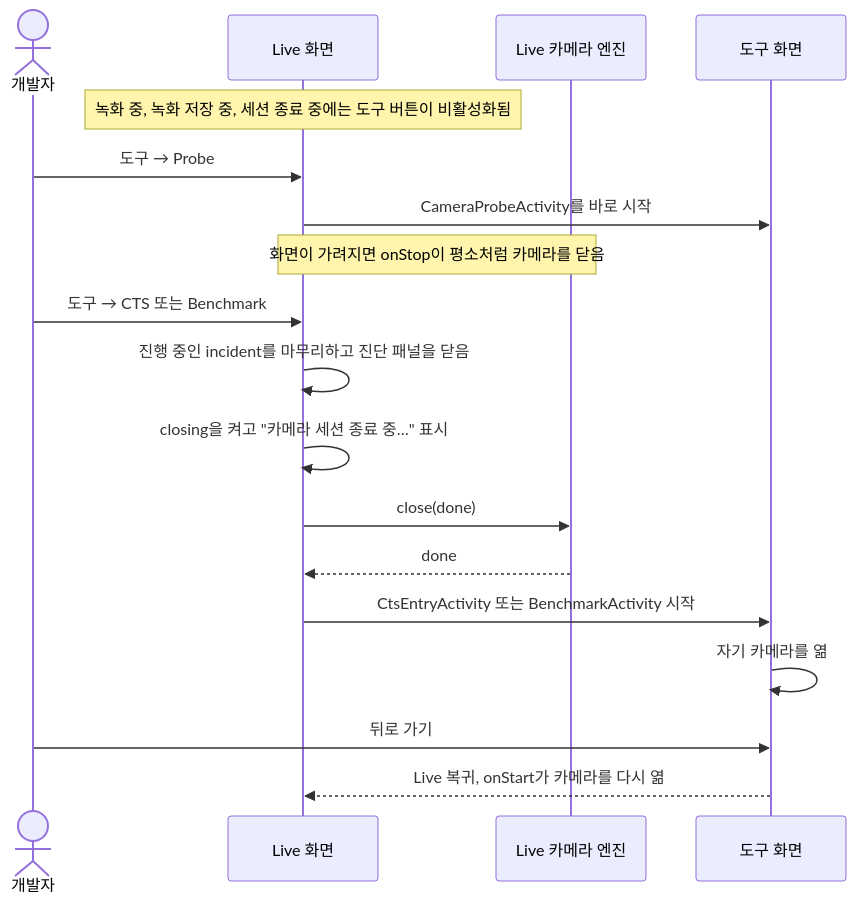
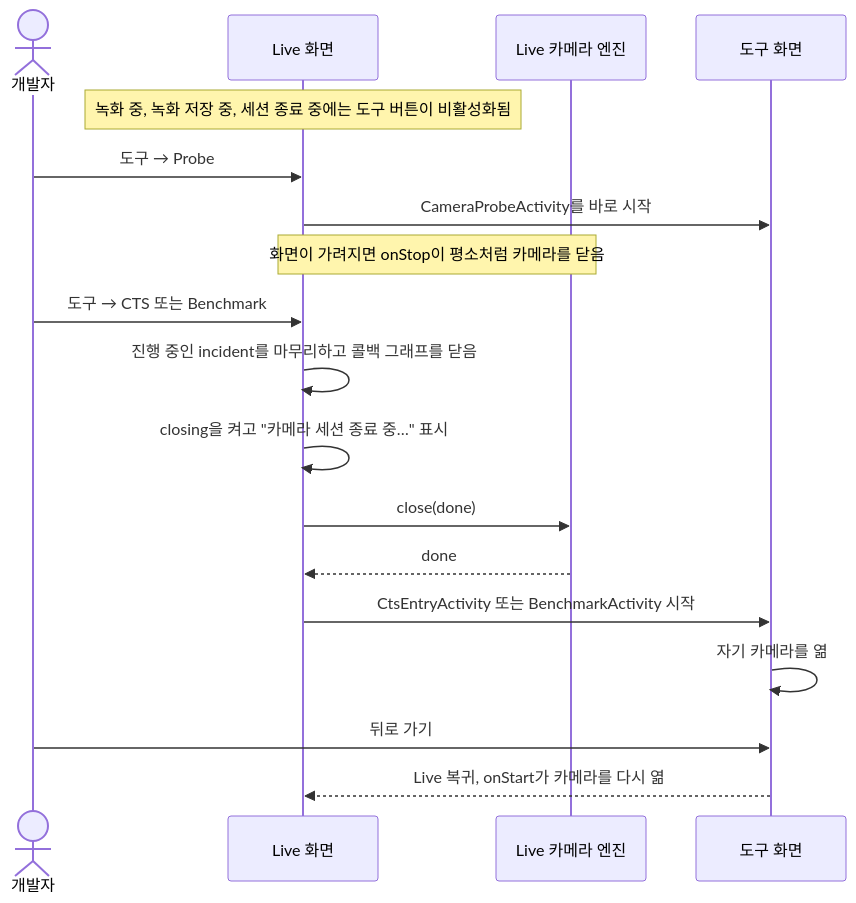
One commit to TTolsun/hal-camera changed the second of 3 diagrams in docs/design/APP-UI.md. Above: the diagram before and after it, drawn with Mermaid. The commit also changed other lines of this file and 73 other files, not shown here.

````diff
--- a/docs/design/APP-UI.md
+++ b/docs/design/APP-UI.md
@@ -124,20 +124,20 @@
 ```mermaid
 sequenceDiagram
     actor U as 개발자
     participant L as Live 화면
     participant E as Live 카메라 엔진
     participant T as 도구 화면
     Note over L: 녹화 중, 녹화 저장 중, 세션 종료 중에는 도구 버튼이 비활성화됨
     U->>L: 도구 → Probe
     L->>T: CameraProbeActivity를 바로 시작
     Note over L,E: 화면이 가려지면 onStop이 평소처럼 카메라를 닫음
     U->>L: 도구 → CTS 또는 Benchmark
-    L->>L: 진행 중인 incident를 마무리하고 진단 패널을 닫음
+    L->>L: 진행 중인 incident를 마무리하고 콜백 그래프를 닫음
     L->>L: closing을 켜고 "카메라 세션 종료 중…" 표시
     L->>E: close(done)
     E-->>L: done
     L->>T: CtsEntryActivity 또는 BenchmarkActivity 시작
     T->>T: 자기 카메라를 엶
     U->>T: 뒤로 가기
     T-->>L: Live 복귀, onStart가 카메라를 다시 엶
 ```
````
